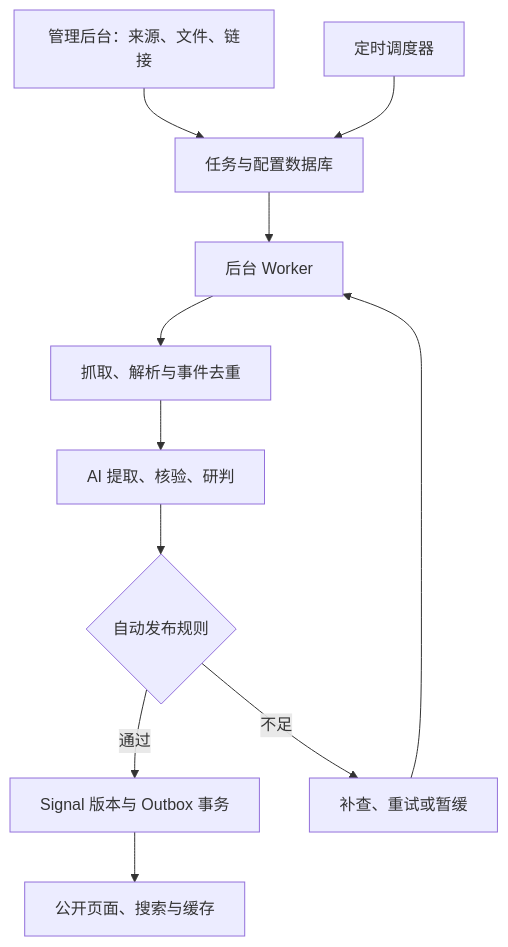
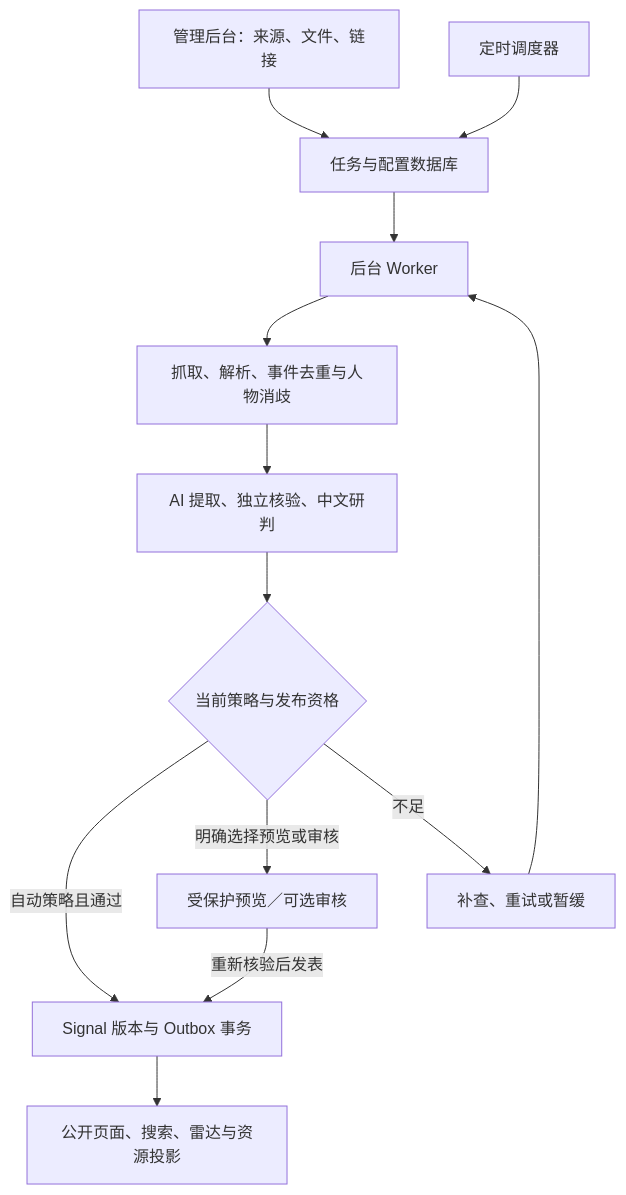
The diagram in docs/AUTONOMOUS_SIGNAL_PIPELINE.md (hzense/tech-intelligence-hub), drawn with Mermaid before and after one commit. The commit also changed other lines of this file and 6 other files, not shown here.

````diff
--- a/docs/AUTONOMOUS_SIGNAL_PIPELINE.md
+++ b/docs/AUTONOMOUS_SIGNAL_PIPELINE.md
@@ -42,13 +59,15 @@
 ```mermaid
 flowchart TD
     A["管理后台：来源、文件、链接"] --> B["任务与配置数据库"]
     C["定时调度器"] --> B
     B --> D["后台 Worker"]
-    D --> E["抓取、解析与事件去重"]
-    E --> F["AI 提取、核验、研判"]
-    F --> G{"自动发布规则"}
-    G -->|通过| H["Signal 版本与 Outbox 事务"]
+    D --> E["抓取、解析、事件去重与人物消歧"]
+    E --> F["AI 提取、独立核验、中文研判"]
+    F --> G{"当前策略与发布资格"}
+    G -->|自动策略且通过| H["Signal 版本与 Outbox 事务"]
+    G -->|明确选择预览或审核| P["受保护预览／可选审核"]
     G -->|不足| I["补查、重试或暂缓"]
     I --> D
-    H --> J["公开页面、搜索与缓存"]
+    P -->|重新核验后发表| H
+    H --> J["公开页面、搜索、雷达与资源投影"]
 ```
````
